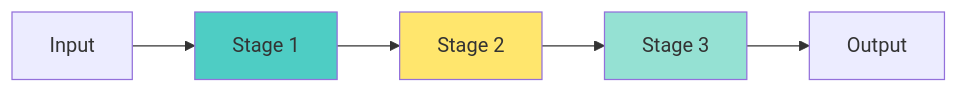
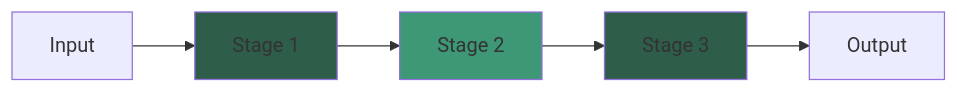
One commit to AlirezaShamsoshoara/monarch changed diagram 13 of 15 in docs/MESHES.md. Above: the diagram before and after it, drawn with Mermaid. The commit also changed other lines of this file, not shown here.

````diff
--- a/docs/MESHES.md
+++ b/docs/MESHES.md
@@ -719,11 +719,11 @@
 ```mermaid
 graph LR
     I[Input] --> S1[Stage 1]
     S1 --> S2[Stage 2]
     S2 --> S3[Stage 3]
     S3 --> O[Output]
 
-    style S1 fill:#4ecdc4
-    style S2 fill:#ffe66d
-    style S3 fill:#95e1d3
+    style S1 fill:#2e5e4a
+    style S2 fill:#3e9876
+    style S3 fill:#2e5e4a
 ```
````
